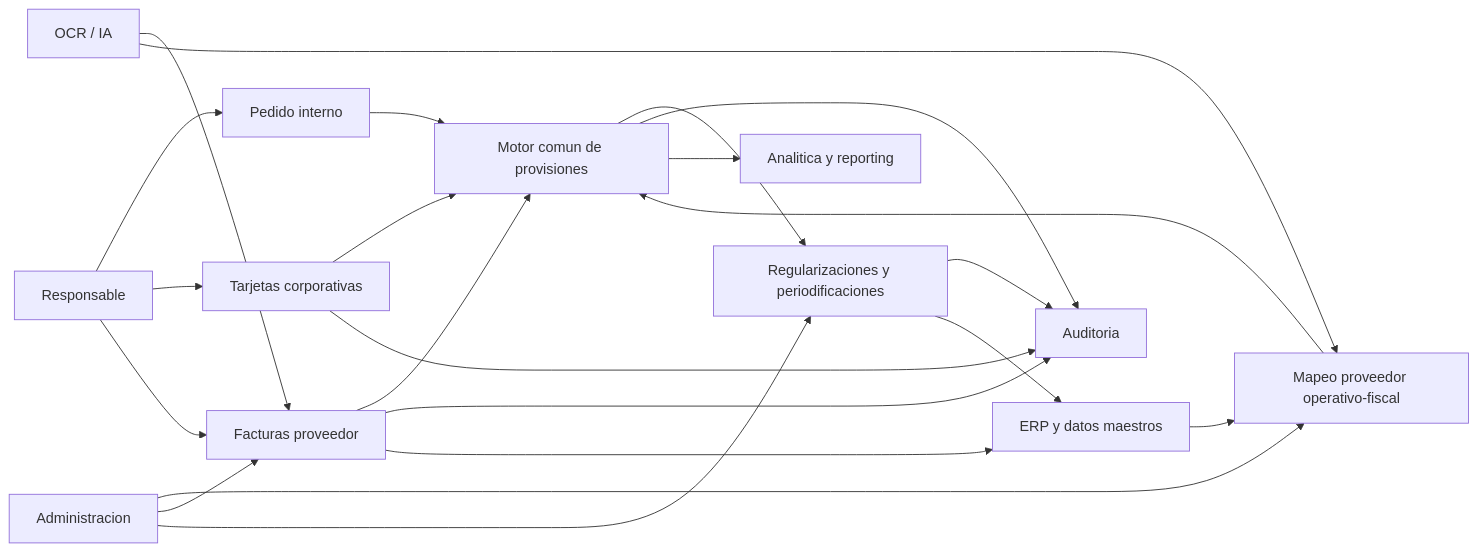
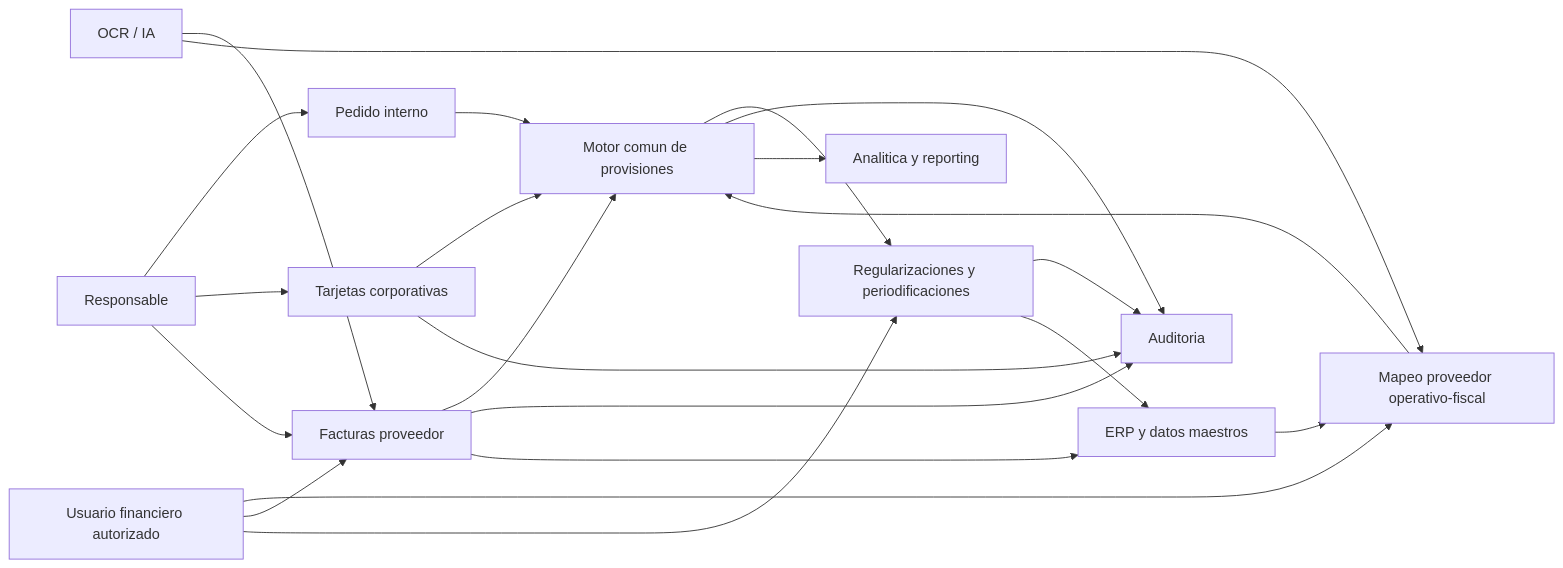
The first of 14 diagrams in docs/diagramas_flujo.md (easydev9/ProvCore), drawn with Mermaid before and after one commit. The commit also changed other lines of this file and 20 other files, not shown here.

````diff
--- a/docs/diagramas_flujo.md
+++ b/docs/diagramas_flujo.md
@@ -9,24 +9,24 @@
 ```mermaid
 flowchart LR
     PI[Pedido interno] --> MP[Motor comun de provisiones]
     TC[Tarjetas corporativas] --> MP
     FT[Facturas proveedor] --> MP
     IA[OCR / IA] --> FT
     IA --> MAP[Mapeo proveedor operativo-fiscal]
     MAP --> MP
     ERP[ERP y datos maestros] --> MAP
     MP --> REG[Regularizaciones y periodificaciones]
     MP --> AUD[Auditoria]
     REG --> AUD
     MP --> ANA[Analitica y reporting]
     FT --> AUD
     TC --> AUD
-    ADM[Administracion] --> MAP
-    ADM --> FT
-    ADM --> REG
+    UFA[Usuario financiero autorizado] --> MAP
+    UFA --> FT
+    UFA --> REG
     RESP[Responsable] --> PI
     RESP --> TC
     RESP --> FT
     REG --> ERP
     FT --> ERP
 ```
````
